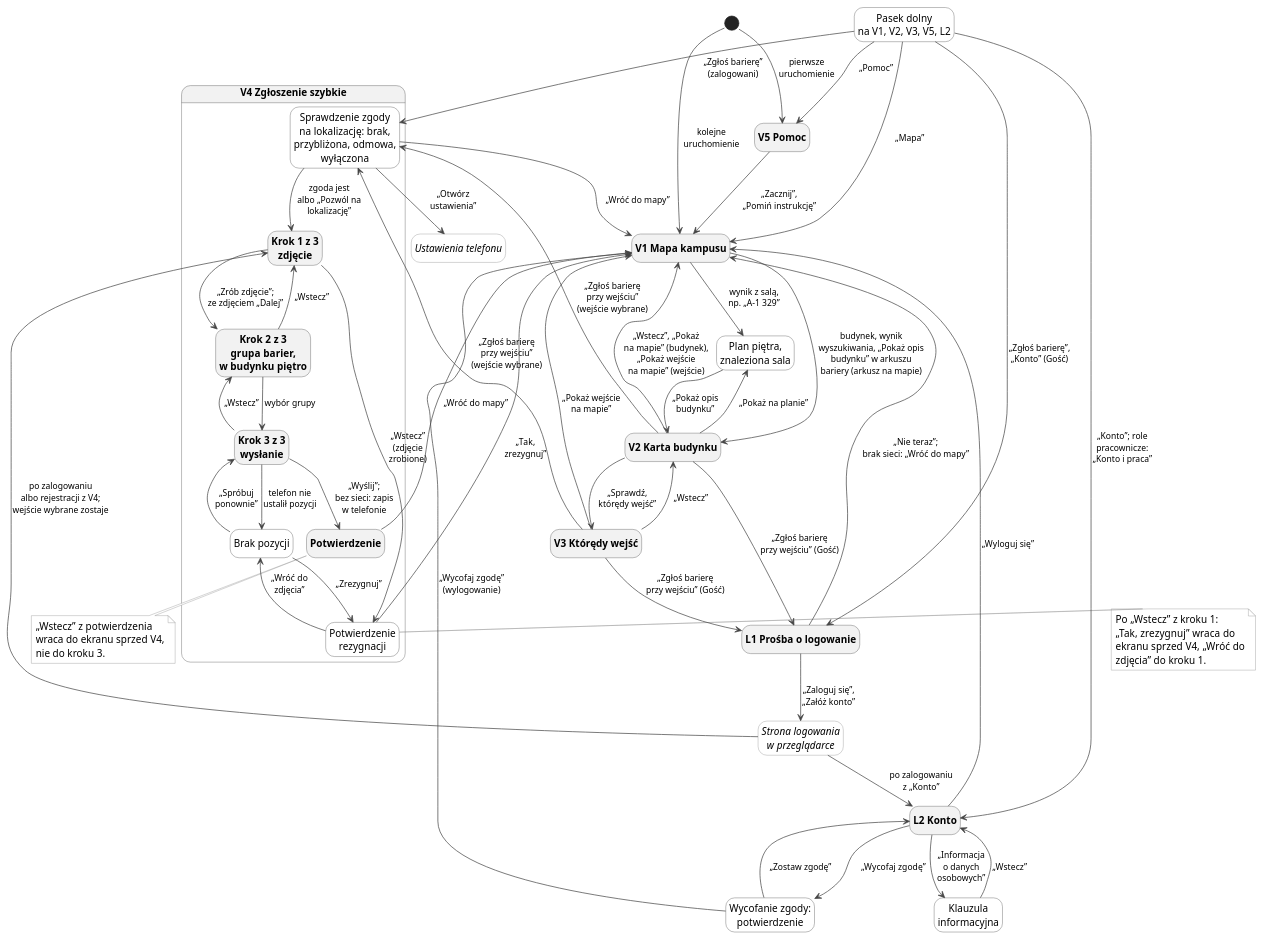
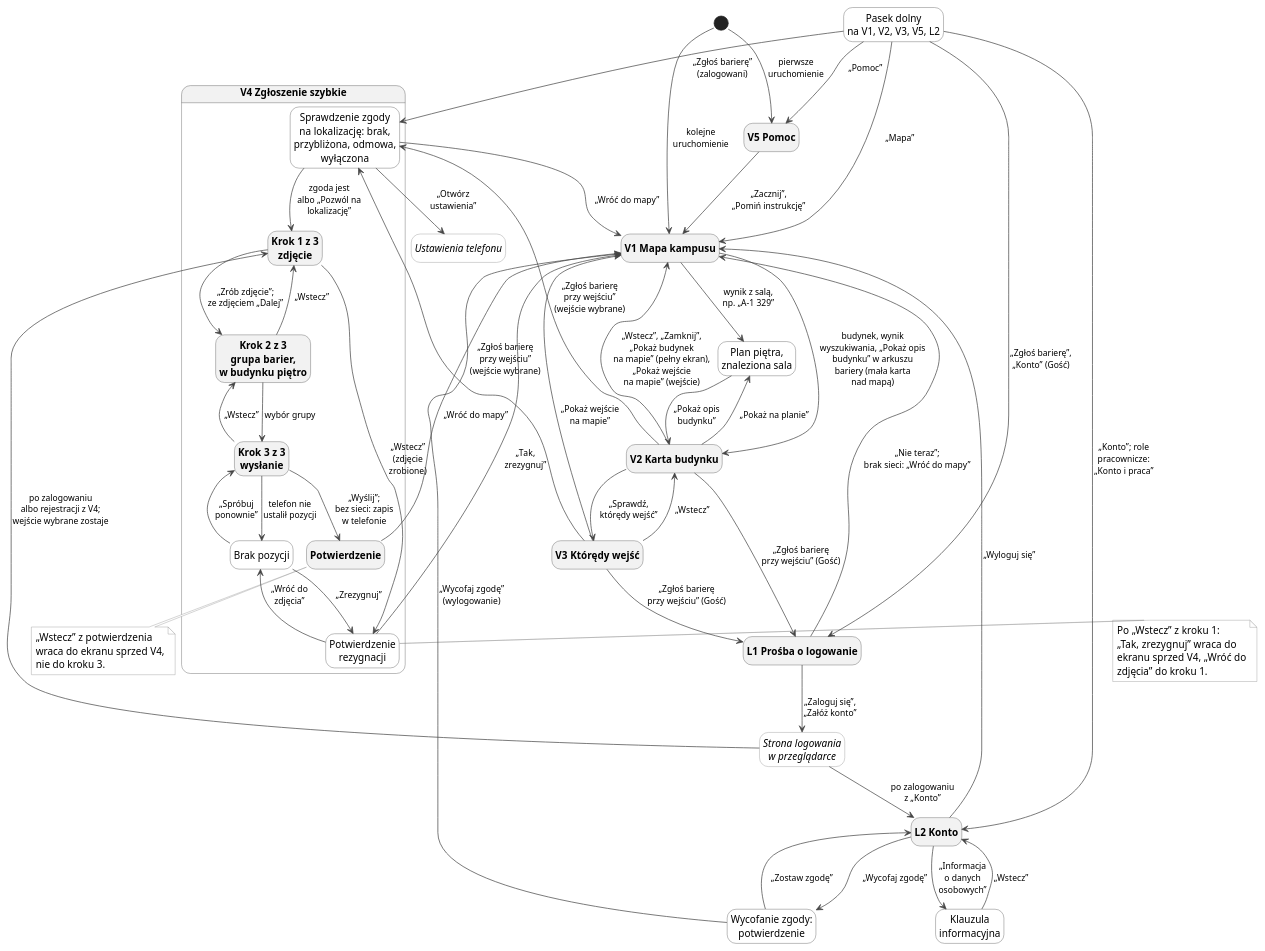
The diagram in docs/docs/ux/nawigacja-odwiedzajacy.puml (dostepny-kampus/dostepny-kampus), drawn with PlantUML before and after one commit. The commit also changed 10 other files, not shown here.

First line of the commit message:
docs(ux): mała karta budynku nad mapą i pełny ekran bez mapy

```diff
--- a/docs/docs/ux/nawigacja-odwiedzajacy.puml
+++ b/docs/docs/ux/nawigacja-odwiedzajacy.puml
@@ -1,112 +1,112 @@
 @startuml
 !pragma layout smetana
 hide empty description
 skinparam defaultFontSize 14
 skinparam ArrowColor #444444
 skinparam ArrowFontSize 12
 skinparam state {
   BackgroundColor #F2F2F2
   BorderColor #444444
   FontStyle bold
 }
 skinparam state<<poza>> {
   BackgroundColor #FFFFFF
   BorderColor #888888
   FontStyle italic
 }
 skinparam state<<stan>> {
   BackgroundColor #FFFFFF
   BorderColor #444444
   FontStyle normal
 }
 skinparam note {
   BackgroundColor #FFFFFF
   BorderColor #888888
 }
 
 state "V5 Pomoc" as V5
 state "V1 Mapa kampusu" as V1
 state "Plan piętra,\nznaleziona sala" as PLAN <<stan>>
 state "V2 Karta budynku" as V2
 state "V3 Którędy wejść" as V3
 state "Pasek dolny\nna V1, V2, V3, V5, L2" as PASEK <<stan>>
 state "L1 Prośba o logowanie" as L1
 state "L2 Konto" as L2
 state "Klauzula\ninformacyjna" as KL <<stan>>
 state "Wycofanie zgody:\npotwierdzenie" as WZ <<stan>>
 state "Strona logowania\nw przeglądarce" as WWW <<poza>>
 state "Ustawienia telefonu" as UST <<poza>>
 
 state "V4 Zgłoszenie szybkie" as V4 {
   state "Sprawdzenie zgody\nna lokalizację: brak,\nprzybliżona, odmowa,\nwyłączona" as ZG <<stan>>
   state "Krok 1 z 3\nzdjęcie" as K1
   state "Krok 2 z 3\ngrupa barier,\nw budynku piętro" as K2
   state "Krok 3 z 3\nwysłanie" as K3
   state "Brak pozycji" as BP <<stan>>
   state "Potwierdzenie\nrezygnacji" as PR <<stan>>
   state "Potwierdzenie" as POT
 }
 
 [*] --> V5 : pierwsze\nuruchomienie
 [*] --> V1 : kolejne\nuruchomienie
 V5 --> V1 : „Zacznij”,\n„Pomiń instrukcję”
-V1 --> V2 : budynek, wynik\nwyszukiwania, „Pokaż opis\nbudynku” w arkuszu\nbariery (arkusz na mapie)
-V2 --> V1 : „Wstecz”, „Pokaż\nna mapie” (budynek),\n„Pokaż wejście\nna mapie” (wejście)
+V1 --> V2 : budynek, wynik\nwyszukiwania, „Pokaż opis\nbudynku” w arkuszu\nbariery (mała karta\nnad mapą)
+V2 --> V1 : „Wstecz”, „Zamknij”,\n„Pokaż budynek\nna mapie” (pełny ekran),\n„Pokaż wejście\nna mapie” (wejście)
 V2 --> V3 : „Sprawdź,\nktórędy wejść”
 V3 --> V2 : „Wstecz”
 V3 --> V1 : „Pokaż wejście\nna mapie”
 V1 --> PLAN : wynik z salą,\nnp. „A-1 329”
 V2 --> PLAN : „Pokaż na planie”
 PLAN --> V2 : „Pokaż opis\nbudynku”
 V2 --> ZG : „Zgłoś barierę\nprzy wejściu”\n(wejście wybrane)
 V2 --> L1 : „Zgłoś barierę\nprzy wejściu” (Gość)
 V3 --> ZG : „Zgłoś barierę\nprzy wejściu”\n(wejście wybrane)
 V3 --> L1 : „Zgłoś barierę\nprzy wejściu” (Gość)
 
 PASEK --> V1 : „Mapa”
 PASEK --> V5 : „Pomoc”
 PASEK --> ZG : „Zgłoś barierę”\n(zalogowani)
 PASEK --> L1 : „Zgłoś barierę”,\n„Konto” (Gość)
 PASEK --> L2 : „Konto”; role\npracownicze:\n„Konto i praca”
 
 ZG --> K1 : zgoda jest\nalbo „Pozwól na\nlokalizację”
 ZG --> UST : „Otwórz\nustawienia”
 ZG --> V1 : „Wróć do mapy”
 K1 --> K2 : „Zrób zdjęcie”;\nze zdjęciem „Dalej”
 K2 --> K3 : wybór grupy
 K2 --> K1 : „Wstecz”
 K1 --> PR : „Wstecz”\n(zdjęcie\nzrobione)
 K3 --> K2 : „Wstecz”
 K3 --> POT : „Wyślij”;\nbez sieci: zapis\nw telefonie
 K3 --> BP : telefon nie\nustalił pozycji
 BP --> K3 : „Spróbuj\nponownie”
 BP --> PR : „Zrezygnuj”
 PR --> BP : „Wróć do\nzdjęcia”
 PR --> V1 : „Tak,\nzrezygnuj”
 POT --> V1 : „Wróć do mapy”
 
 L1 --> WWW : „Zaloguj się”,\n„Załóż konto”
 WWW --> K1 : po zalogowaniu\nalbo rejestracji z V4;\nwejście wybrane zostaje
 WWW --> L2 : po zalogowaniu\nz „Konto”
 L1 --> V1 : „Nie teraz”;\nbrak sieci: „Wróć do mapy”
 
 L2 --> V1 : „Wyloguj się”
 L2 --> WZ : „Wycofaj zgodę”
 WZ --> L2 : „Zostaw zgodę”
 WZ --> V1 : „Wycofaj zgodę”\n(wylogowanie)
 L2 --> KL : „Informacja\no danych\nosobowych”
 KL --> L2 : „Wstecz”
 
 note right of PR
   Po „Wstecz” z kroku 1:
   „Tak, zrezygnuj” wraca do
   ekranu sprzed V4, „Wróć do
   zdjęcia” do kroku 1.
 end note
 
 note bottom of POT
   „Wstecz” z potwierdzenia
   wraca do ekranu sprzed V4,
   nie do kroku 3.
 end note
 @enduml
```
